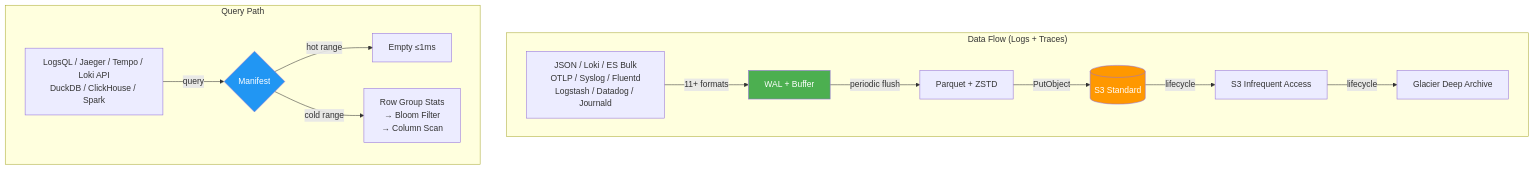
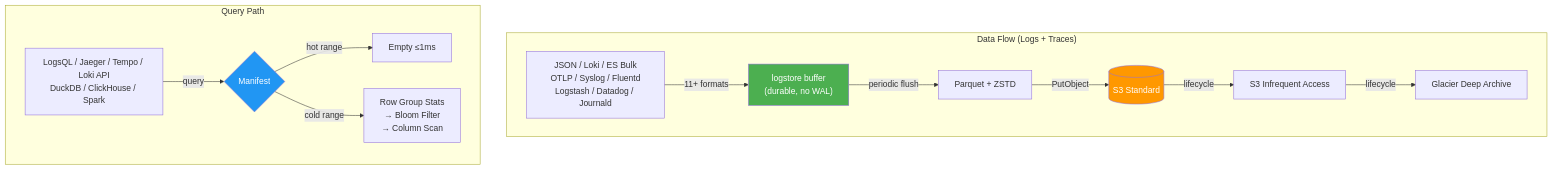
Before and after one commit to ReliablyObserve/victoria-lakehouse: the second of 2 diagrams in docs/getting-started.md, drawn with Mermaid. The commit also changed other lines of this file and 2 other files, not shown here.

Commit message:
docs: finish WAL purge in cross-az, sizing, getting-started
cross-az-optimization.md: the 'wal' ack-mode section + risk matrix + config/CLI
examples rewritten to the durable logstore buffer (no WAL); the legacy ack_mode=wal
is noted as a vestigial alias. sizing.md memory budgets: WAL buffer/replay →
logstore buffer (recent ingest). getting-started.md data-flow node de-WAL'd.
Competitor (Loki/Tempo) WAL-replication cost/architecture references retained.
This completes the repo-wide removal of stale lakehouse-WAL documentation.

````diff
--- a/docs/getting-started.md
+++ b/docs/getting-started.md
@@ -37,20 +37,20 @@
 ```mermaid
 graph TD
     subgraph "Data Flow (Logs + Traces)"
-    I1["JSON / Loki / ES Bulk<br/>OTLP / Syslog / Fluentd<br/>Logstash / Datadog / Journald"] -->|"11+ formats"| W[WAL + Buffer]
+    I1["JSON / Loki / ES Bulk<br/>OTLP / Syslog / Fluentd<br/>Logstash / Datadog / Journald"] -->|"11+ formats"| W["logstore buffer<br/>(durable, no WAL)"]
     W -->|periodic flush| P[Parquet + ZSTD]
     P -->|PutObject| S3[(S3 Standard)]
     S3 -->|lifecycle| IA[S3 Infrequent Access]
     IA -->|lifecycle| GL[Glacier Deep Archive]
     end
 
     subgraph "Query Path"
     Q["LogsQL / Jaeger / Tempo / Loki API<br/>DuckDB / ClickHouse / Spark"] -->|query| M{"Manifest"}
     M -->|hot range| SKIP["Empty ≤1ms"]
     M -->|cold range| SCAN["Row Group Stats<br/>→ Bloom Filter<br/>→ Column Scan"]
     end
 
     style W fill:#4CAF50,color:#fff
     style S3 fill:#FF9800,color:#fff
     style M fill:#2196F3,color:#fff
 ```
````
